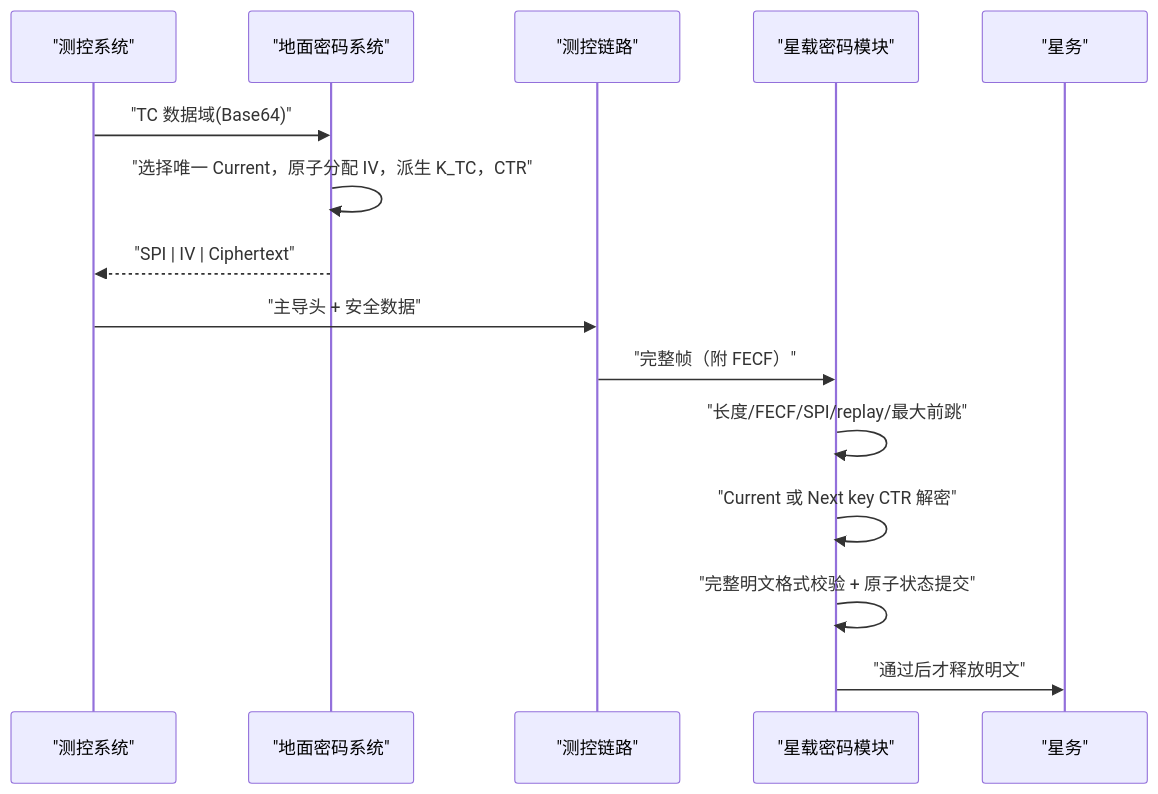
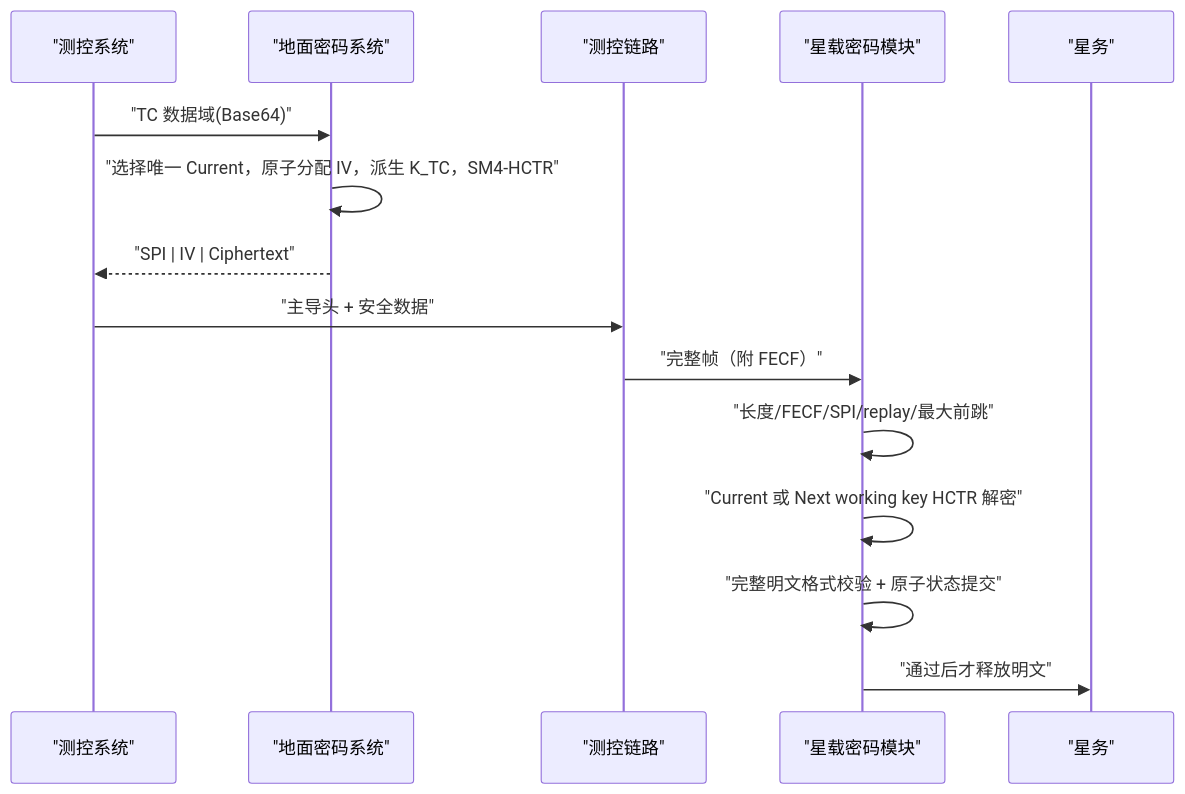
One commit to HangzeGao/key-vault changed the second of 2 diagrams in baseline/docs/TC_GROUND_FLIGHT_ARCHITECTURE.md. Above: the diagram before and after it, drawn with Mermaid. The commit also changed other lines of this file and 48 other files, not shown here.

````diff
--- a/baseline/docs/TC_GROUND_FLIGHT_ARCHITECTURE.md
+++ b/baseline/docs/TC_GROUND_FLIGHT_ARCHITECTURE.md
@@ -32,18 +36,18 @@
 ```mermaid
 sequenceDiagram
     participant C as "测控系统"
     participant G as "地面密码系统"
     participant L as "测控链路"
     participant F as "星载密码模块"
     participant S as "星务"
 
     C->>G: "TC 数据域(Base64)"
-    G->>G: "选择唯一 Current，原子分配 IV，派生 K_TC，CTR"
+    G->>G: "选择唯一 Current，原子分配 IV，派生 K_TC，SM4-HCTR"
     G-->>C: "SPI | IV | Ciphertext"
     C->>L: "主导头 + 安全数据"
     L->>F: "完整帧（附 FECF）"
     F->>F: "长度/FECF/SPI/replay/最大前跳"
-    F->>F: "Current 或 Next key CTR 解密"
+    F->>F: "Current 或 Next working key HCTR 解密"
     F->>F: "完整明文格式校验 + 原子状态提交"
     F->>S: "通过后才释放明文"
 ```
````
